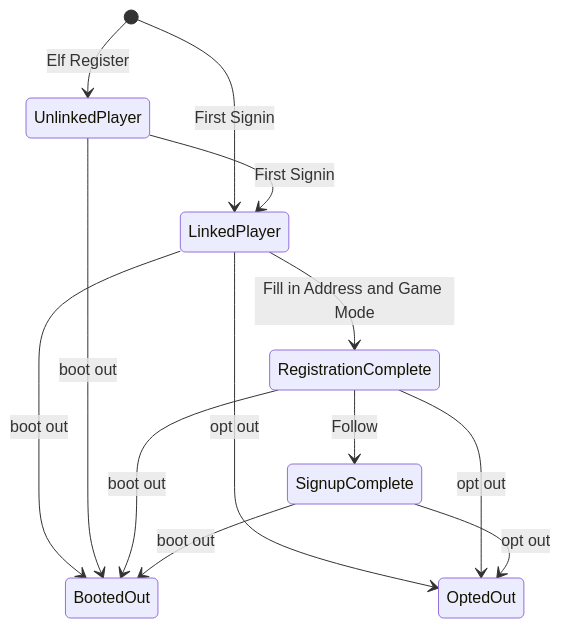
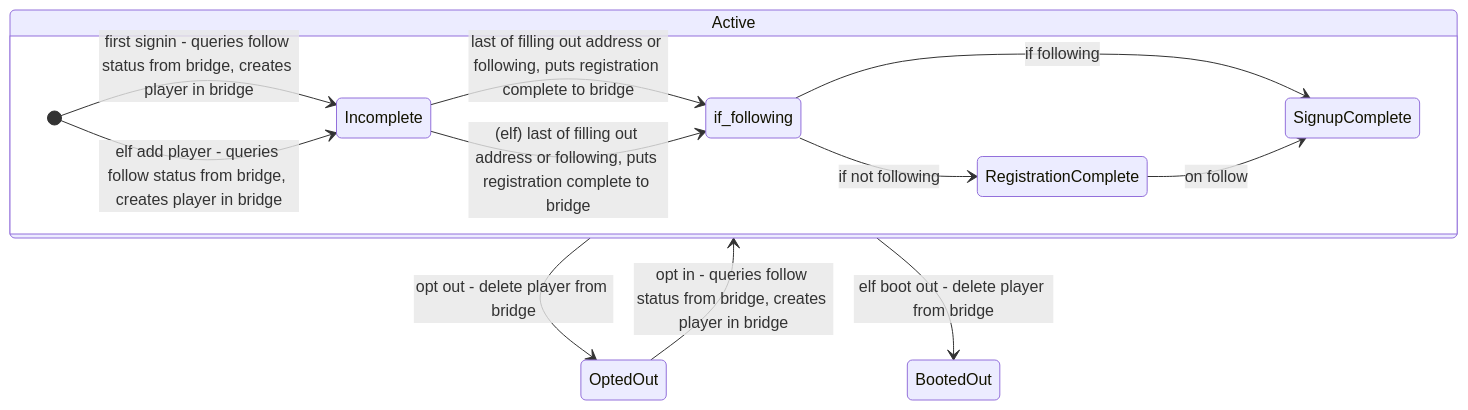
The second of 2 diagrams in DESIGN_NOTES.md (SecretSantaNZ/bluesky-bridge), drawn with Mermaid before and after one commit.

Commit message:
Update DESIGN_NOTES.md
Document intended player lifecycle

````diff
--- a/DESIGN_NOTES.md
+++ b/DESIGN_NOTES.md
@@ -151,17 +151,18 @@
 ```mermaid
 stateDiagram
-  [*] --> LinkedPlayer : First Signin
-  [*] --> UnlinkedPlayer : Elf Register
-  UnlinkedPlayer --> LinkedPlayer : First Signin
-  LinkedPlayer --> RegistrationComplete : Fill in Address and Game Mode
-  RegistrationComplete --> SignupComplete : Follow
+  state Active {
+    direction LR
+    [*] --> Incomplete: first signin - queries follow status from bridge, creates player in bridge
+    [*] --> Incomplete: elf add player - queries follow status from bridge, creates player in bridge
+    Incomplete --> if_following: last of filling out address or following, puts registration complete to bridge
+    Incomplete --> if_following: (elf) last of filling out address or following, puts registration complete to bridge
+    state if_following <<choice>>
+    if_following --> RegistrationComplete: if not following
+    if_following --> SignupComplete: if following
+    RegistrationComplete --> SignupComplete: on follow
+  }
 
-  LinkedPlayer --> BootedOut : boot out
-  UnlinkedPlayer --> BootedOut : boot out
-  RegistrationComplete --> BootedOut : boot out
-  SignupComplete --> BootedOut : boot out
-
-  LinkedPlayer --> OptedOut   : opt out
-  RegistrationComplete --> OptedOut : opt out
-  SignupComplete --> OptedOut : opt out
+  Active --> OptedOut: opt out - delete player from bridge
+  Active --> BootedOut: elf boot out - delete player from bridge
+  OptedOut --> Active: opt in - queries follow status from bridge, creates player in bridge
 ```
````
